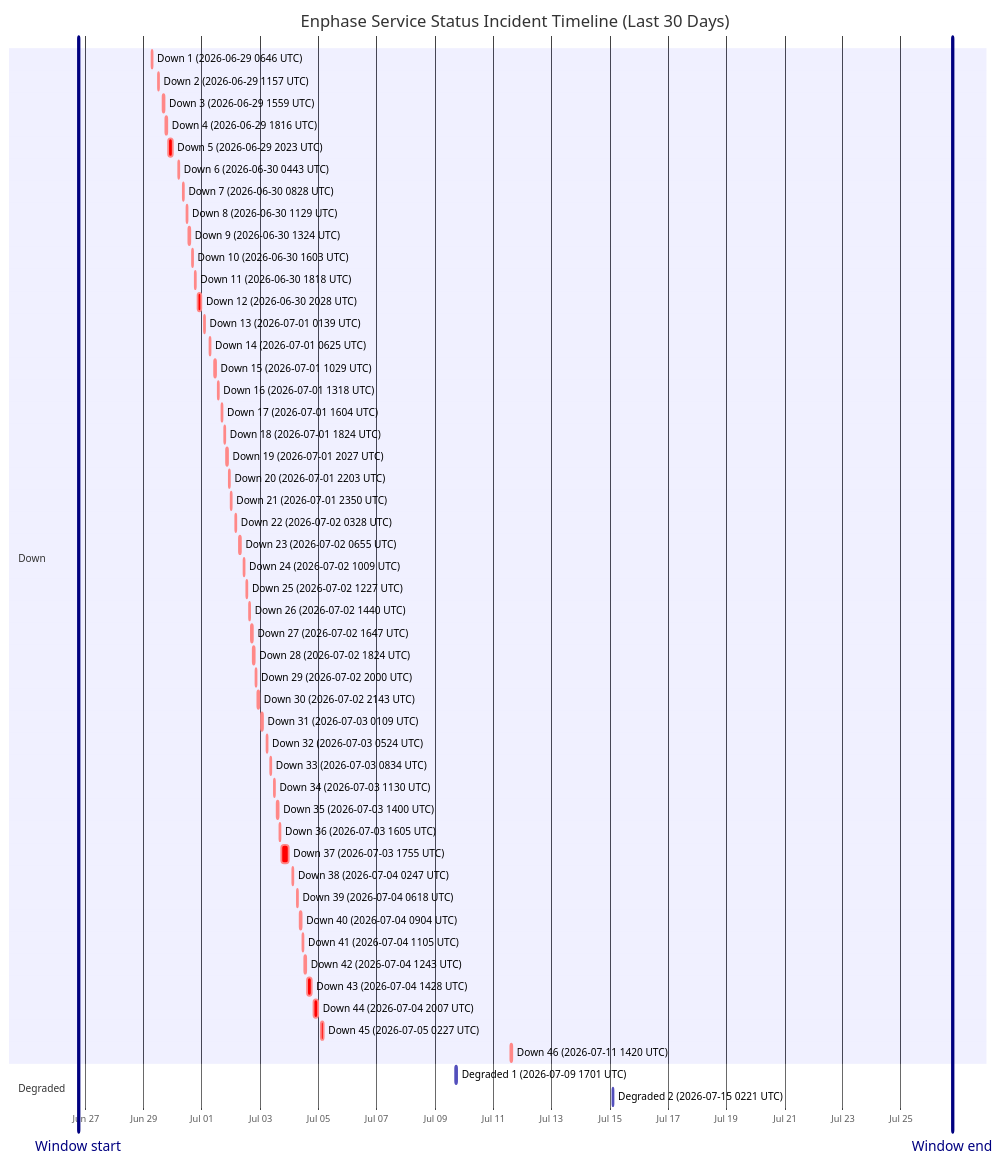
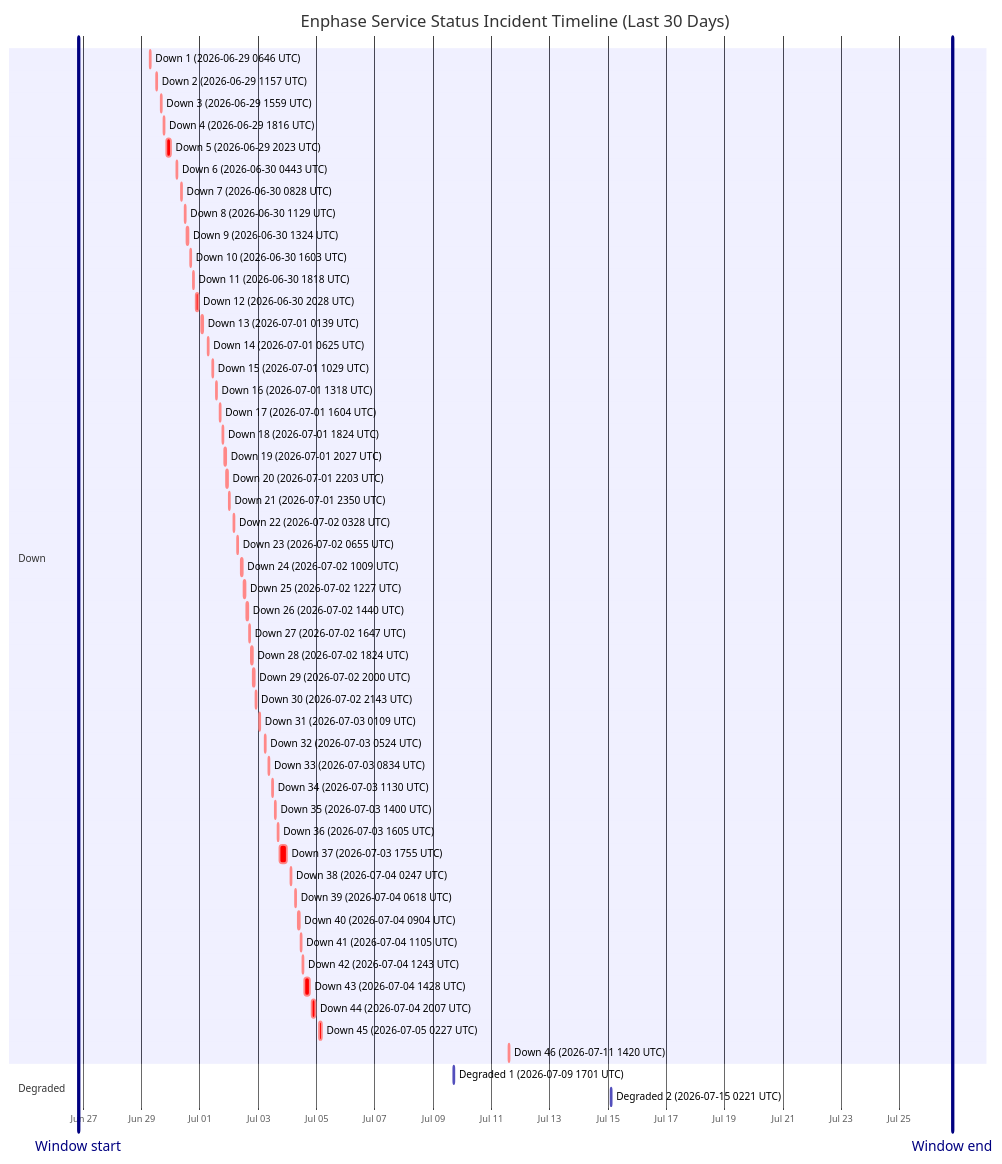
One commit to barneyonline/ha-enphase-energy changed the diagram in wiki/Service-Status-History.md. Above: the diagram before and after it, drawn with Mermaid. The commit also changed other lines of this file and 3 other files, not shown here.

````diff
--- a/wiki/Service-Status-History.md
+++ b/wiki/Service-Status-History.md
@@ -14,58 +14,58 @@
 ```mermaid
 gantt
     title Enphase Service Status Incident Timeline (Last 30 Days)
     dateFormat  YYYY-MM-DDTHH:mm:ss
     axisFormat  %b %d
-    Window start :vert, window-start, 2026-06-26T18:04:53, 0ms
-    Window end :vert, window-end, 2026-07-26T18:04:53, 0ms
+    Window start :vert, window-start, 2026-06-26T19:43:12, 0ms
+    Window end :vert, window-end, 2026-07-26T19:43:12, 0ms
     section Down
     Down 1 (2026-06-29 0646 UTC) :crit, down-1, 2026-06-29T06:46:18, 60m
     Down 2 (2026-06-29 1157 UTC) :crit, down-2, 2026-06-29T11:57:36, 60m
     Down 3 (2026-06-29 1559 UTC) :crit, down-3, 2026-06-29T15:59:02, 60m
     Down 4 (2026-06-29 1816 UTC) :crit, down-4, 2026-06-29T18:16:38, 60m
     Down 5 (2026-06-29 2023 UTC) :crit, down-5, 2026-06-29T20:23:16, 220m
     Down 6 (2026-06-30 0443 UTC) :crit, down-6, 2026-06-30T04:43:54, 60m
     Down 7 (2026-06-30 0828 UTC) :crit, down-7, 2026-06-30T08:28:43, 60m
     Down 8 (2026-06-30 1129 UTC) :crit, down-8, 2026-06-30T11:29:15, 60m
     Down 9 (2026-06-30 1324 UTC) :crit, down-9, 2026-06-30T13:24:25, 60m
     Down 10 (2026-06-30 1603 UTC) :crit, down-10, 2026-06-30T16:03:26, 60m
     Down 11 (2026-06-30 1818 UTC) :crit, down-11, 2026-06-30T18:18:39, 60m
     Down 12 (2026-06-30 2028 UTC) :crit, down-12, 2026-06-30T20:28:54, 171m
     Down 13 (2026-07-01 0139 UTC) :crit, down-13, 2026-07-01T01:39:18, 60m
     Down 14 (2026-07-01 0625 UTC) :crit, down-14, 2026-07-01T06:25:35, 60m
     Down 15 (2026-07-01 1029 UTC) :crit, down-15, 2026-07-01T10:29:24, 60m
     Down 16 (2026-07-01 1318 UTC) :crit, down-16, 2026-07-01T13:18:31, 60m
     Down 17 (2026-07-01 1604 UTC) :crit, down-17, 2026-07-01T16:04:29, 60m
     Down 18 (2026-07-01 1824 UTC) :crit, down-18, 2026-07-01T18:24:21, 60m
     Down 19 (2026-07-01 2027 UTC) :crit, down-19, 2026-07-01T20:27:17, 60m
     Down 20 (2026-07-01 2203 UTC) :crit, down-20, 2026-07-01T22:03:46, 60m
     Down 21 (2026-07-01 2350 UTC) :crit, down-21, 2026-07-01T23:50:52, 60m
     Down 22 (2026-07-02 0328 UTC) :crit, down-22, 2026-07-02T03:28:33, 60m
     Down 23 (2026-07-02 0655 UTC) :crit, down-23, 2026-07-02T06:55:07, 60m
     Down 24 (2026-07-02 1009 UTC) :crit, down-24, 2026-07-02T10:09:15, 60m
     Down 25 (2026-07-02 1227 UTC) :crit, down-25, 2026-07-02T12:27:49, 60m
     Down 26 (2026-07-02 1440 UTC) :crit, down-26, 2026-07-02T14:40:53, 60m
     Down 27 (2026-07-02 1647 UTC) :crit, down-27, 2026-07-02T16:47:47, 60m
     Down 28 (2026-07-02 1824 UTC) :crit, down-28, 2026-07-02T18:24:26, 60m
     Down 29 (2026-07-02 2000 UTC) :crit, down-29, 2026-07-02T20:00:57, 60m
     Down 30 (2026-07-02 2143 UTC) :crit, down-30, 2026-07-02T21:43:52, 80m
     Down 31 (2026-07-03 0109 UTC) :crit, down-31, 2026-07-03T01:09:19, 60m
     Down 32 (2026-07-03 0524 UTC) :crit, down-32, 2026-07-03T05:24:23, 60m
     Down 33 (2026-07-03 0834 UTC) :crit, down-33, 2026-07-03T08:34:05, 60m
     Down 34 (2026-07-03 1130 UTC) :crit, down-34, 2026-07-03T11:30:41, 60m
     Down 35 (2026-07-03 1400 UTC) :crit, down-35, 2026-07-03T14:00:48, 60m
     Down 36 (2026-07-03 1605 UTC) :crit, down-36, 2026-07-03T16:05:49, 60m
     Down 37 (2026-07-03 1755 UTC) :crit, down-37, 2026-07-03T17:55:54, 338m
     Down 38 (2026-07-04 0247 UTC) :crit, down-38, 2026-07-04T02:47:22, 60m
     Down 39 (2026-07-04 0618 UTC) :crit, down-39, 2026-07-04T06:18:09, 60m
     Down 40 (2026-07-04 0904 UTC) :crit, down-40, 2026-07-04T09:04:41, 60m
     Down 41 (2026-07-04 1105 UTC) :crit, down-41, 2026-07-04T11:05:21, 60m
     Down 42 (2026-07-04 1243 UTC) :crit, down-42, 2026-07-04T12:43:25, 60m
     Down 43 (2026-07-04 1428 UTC) :crit, down-43, 2026-07-04T14:28:07, 243m
     Down 44 (2026-07-04 2007 UTC) :crit, down-44, 2026-07-04T20:07:50, 206m
     Down 45 (2026-07-05 0227 UTC) :crit, down-45, 2026-07-05T02:27:32, 109m
     Down 46 (2026-07-11 1420 UTC) :crit, down-46, 2026-07-11T14:20:54, 69m
     section Degraded
     Degraded 1 (2026-07-09 1701 UTC) :active, degraded-1, 2026-07-09T17:01:02, 60m
     Degraded 2 (2026-07-15 0221 UTC) :active, degraded-2, 2026-07-15T02:21:35, 60m
 ```
````
